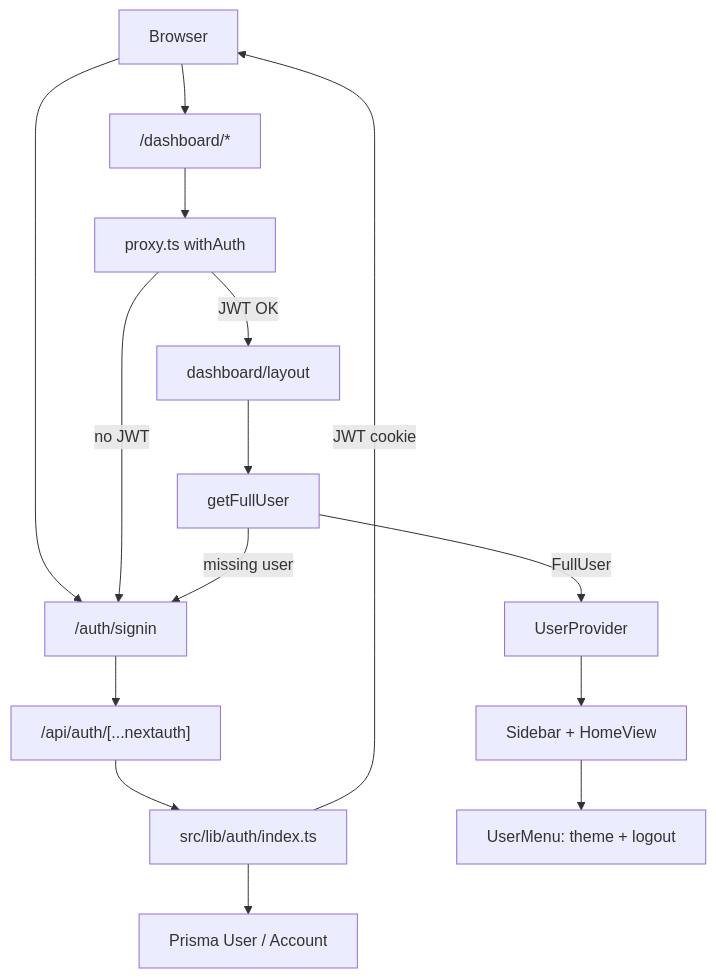
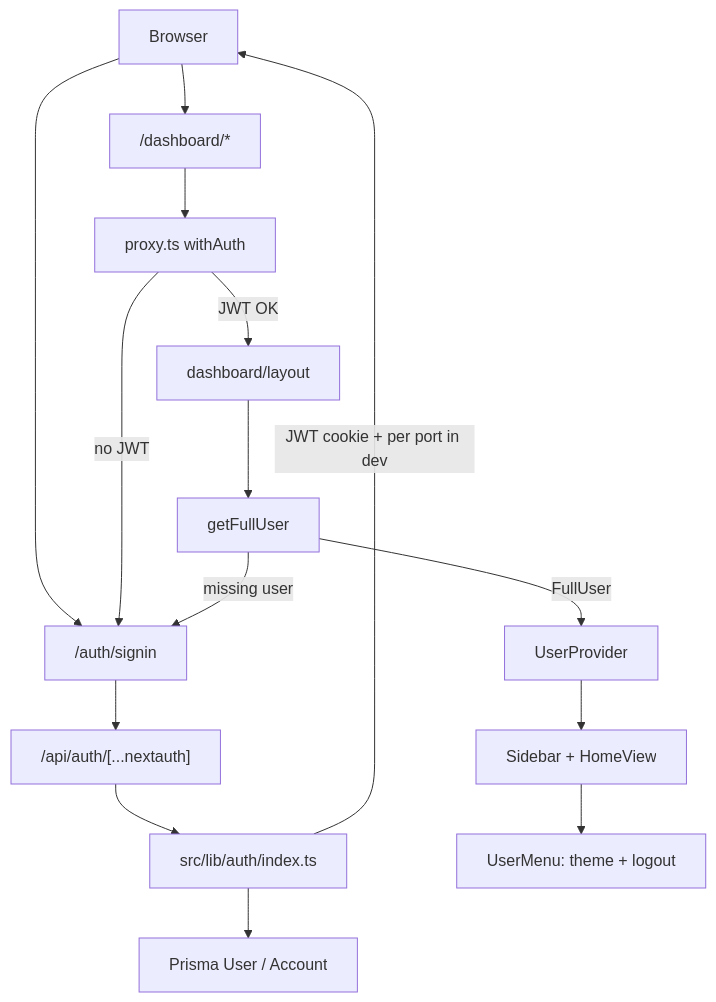
One commit to brandon-cercedo/root-next-template changed the diagram in docs/authentication.md. Above: the diagram before and after it, drawn with Mermaid. The commit also changed other lines of this file and 2 other files, not shown here.

First line of the commit message:
docs(RNT-105): document repo copies and read only PORT in dev

````diff
--- a/docs/authentication.md
+++ b/docs/authentication.md
@@ -34,17 +44,17 @@
 ```mermaid
 flowchart TD
   Browser --> SignIn["/auth/signin"]
   SignIn --> NextAuthAPI["/api/auth/[...nextauth]"]
   NextAuthAPI --> AuthConfig["src/lib/auth/index.ts"]
   AuthConfig --> Prisma["Prisma User / Account"]
-  AuthConfig -->|JWT cookie| Browser
+  AuthConfig -->|"JWT cookie + per port in dev"| Browser
   Browser --> Dashboard["/dashboard/*"]
   Dashboard --> Proxy["proxy.ts withAuth"]
   Proxy -->|no JWT| SignIn
   Proxy -->|JWT OK| Layout["dashboard/layout"]
   Layout --> GetUser["getFullUser"]
   GetUser -->|missing user| SignIn
   GetUser -->|FullUser| Provider["UserProvider"]
   Provider --> Shell["Sidebar + HomeView"]
   Shell --> UserMenu["UserMenu: theme + logout"]
 ```
````
